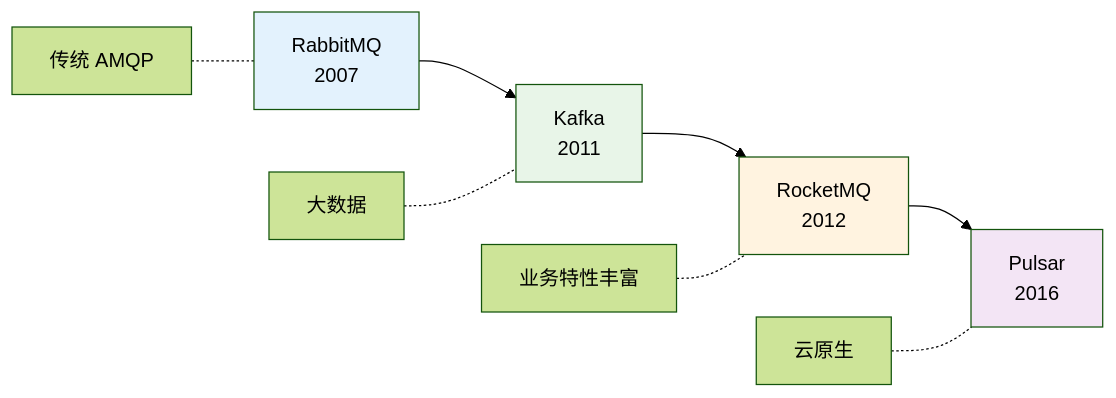
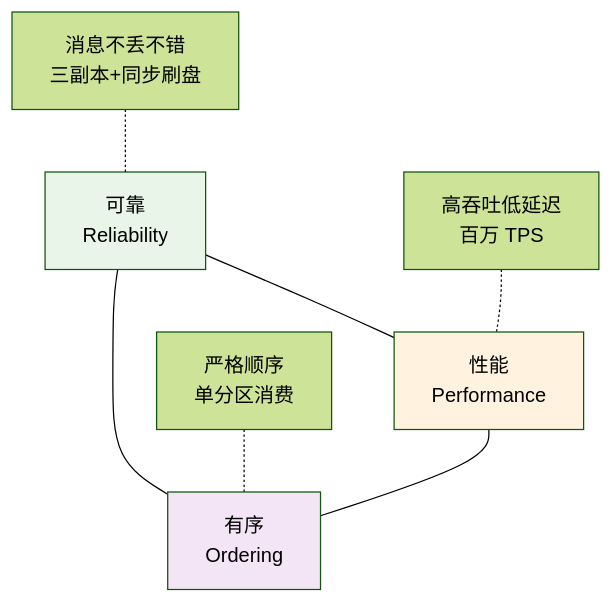
One commit to chongyang211/YCBookBlog changed the first of 12 diagrams in docs/10.真经/05.方案设计思想/08.消息队列方案选型.md. Above: the diagram before and after it, drawn with Mermaid (forest theme). The commit also changed other lines of this file and 36 other files, not shown here.

````diff
--- a/docs/10.真经/05.方案设计思想/08.消息队列方案选型.md
+++ b/docs/10.真经/05.方案设计思想/08.消息队列方案选型.md
@@ -190,16 +147,14 @@
 ```mermaid
-flowchart LR
-    A[RabbitMQ<br/>2007] --> B[Kafka<br/>2011]
-    B --> C[RocketMQ<br/>2012]
-    C --> D[Pulsar<br/>2016]
+graph TB
+    A[可靠<br/>Reliability] --- B[性能<br/>Performance]
+    B --- C[有序<br/>Ordering]
+    C --- A
     
-    A1[传统 AMQP] -.- A
-    B1[大数据] -.- B
-    C1[业务特性丰富] -.- C
-    D1[云原生] -.- D
+    A1[消息不丢不错<br/>三副本+同步刷盘] -.- A
+    B1[高吞吐低延迟<br/>百万 TPS] -.- B
+    C1[严格顺序<br/>单分区消费] -.- C
     
-    style A fill:#e3f2fd
-    style B fill:#e8f5e8
-    style C fill:#fff3e0
-    style D fill:#f3e5f5
+    style A fill:#e8f5e8
+    style B fill:#fff3e0
+    style C fill:#f3e5f5
 ```
````
